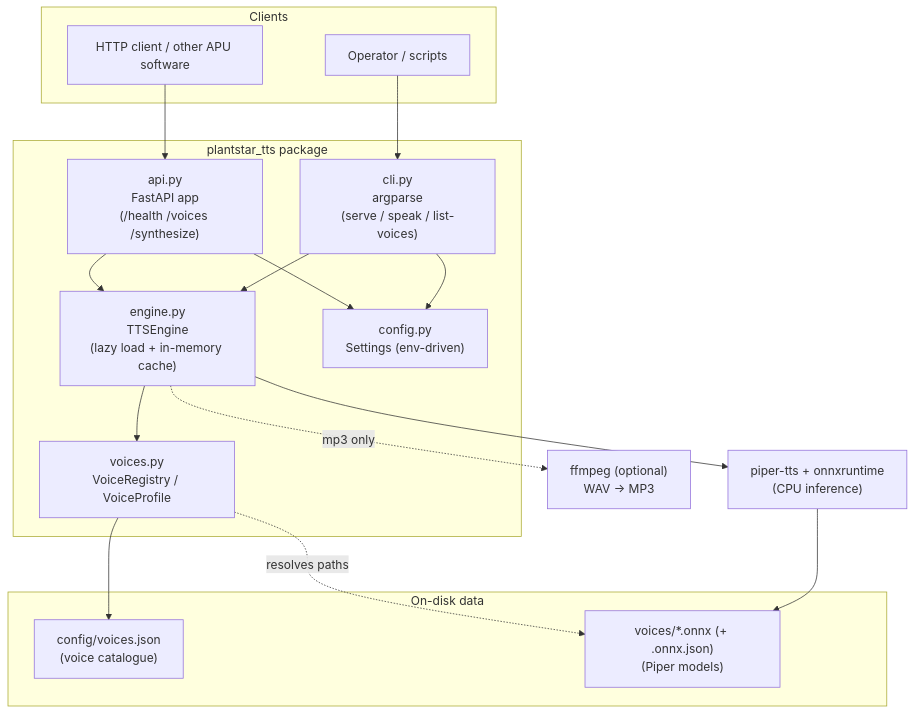
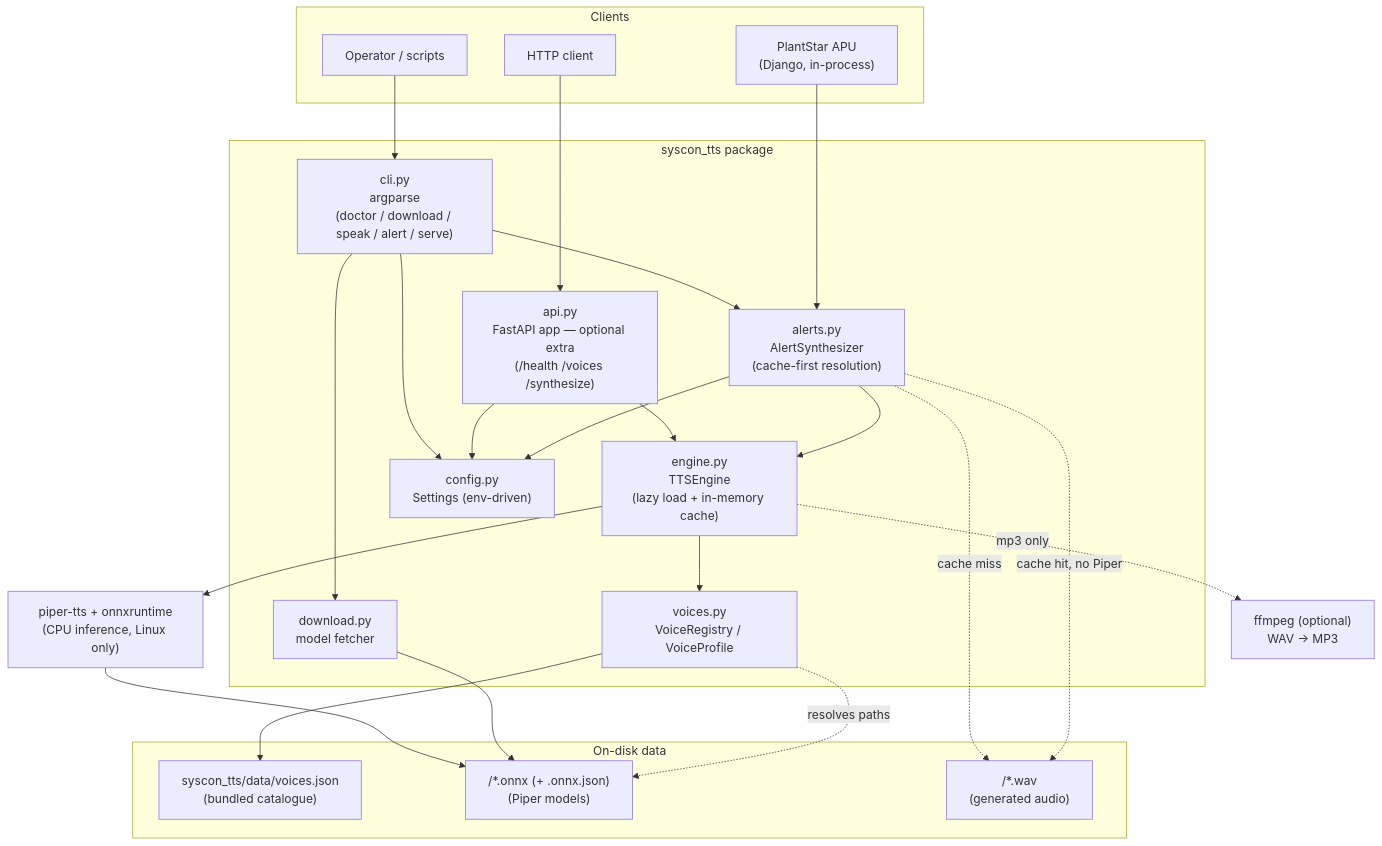
The diagram in docs/ARCHITECTURE.md (SYSCON-International/syscon_tts), drawn with Mermaid before and after one commit. The commit also changed other lines of this file and 34 other files, not shown here.

First line of the commit message:
Repackage as syscon-tts for PyPI; decouple playback from Piper

````diff
--- a/docs/ARCHITECTURE.md
+++ b/docs/ARCHITECTURE.md
@@ -44,36 +44,47 @@
 ```mermaid
 flowchart TD
     subgraph Clients
-        HTTP[HTTP client / other APU software]
+        APU["PlantStar APU<br/>(Django, in-process)"]
         SHELL[Operator / scripts]
+        HTTP[HTTP client]
     end
 
-    subgraph Service["plantstar_tts package"]
-        API["api.py<br/>FastAPI app<br/>(/health /voices /synthesize)"]
-        CLI["cli.py<br/>argparse<br/>(serve / speak / list-voices)"]
+    subgraph Service["syscon_tts package"]
+        ALERTS["alerts.py<br/>AlertSynthesizer<br/>(cache-first resolution)"]
+        CLI["cli.py<br/>argparse<br/>(doctor / download / speak / alert / serve)"]
+        API["api.py<br/>FastAPI app — optional extra<br/>(/health /voices /synthesize)"]
         ENGINE["engine.py<br/>TTSEngine<br/>(lazy load + in-memory cache)"]
         REG["voices.py<br/>VoiceRegistry / VoiceProfile"]
+        DL["download.py<br/>model fetcher"]
         CFG["config.py<br/>Settings (env-driven)"]
     end
 
     subgraph Data["On-disk data"]
-        MANIFEST["config/voices.json<br/>(voice catalogue)"]
-        MODELS["voices/*.onnx (+ .onnx.json)<br/>(Piper models)"]
+        MANIFEST["syscon_tts/data/voices.json<br/>(bundled catalogue)"]
+        MODELS["<voices_dir>/*.onnx (+ .onnx.json)<br/>(Piper models)"]
+        WAVS["<alerts_dir>/*.wav<br/>(generated audio)"]
     end
 
-    PIPER["piper-tts + onnxruntime<br/>(CPU inference)"]
+    PIPER["piper-tts + onnxruntime<br/>(CPU inference, Linux only)"]
     FFMPEG["ffmpeg (optional)<br/>WAV → MP3"]
 
+    APU --> ALERTS
+    SHELL --> CLI
     HTTP --> API
-    SHELL --> CLI
+    CLI --> ALERTS
+    CLI --> DL
+    ALERTS --> ENGINE
     API --> ENGINE
-    CLI --> ENGINE
-    API --> CFG
-    CLI --> CFG
+    ALERTS -. cache hit, no Piper .-> WAVS
+    ALERTS -. cache miss .-> WAVS
     ENGINE --> REG
     REG --> MANIFEST
     REG -. resolves paths .-> MODELS
+    DL --> MODELS
     ENGINE --> PIPER
     PIPER --> MODELS
     ENGINE -. mp3 only .-> FFMPEG
+    ALERTS --> CFG
+    API --> CFG
+    CLI --> CFG
 ```
````
